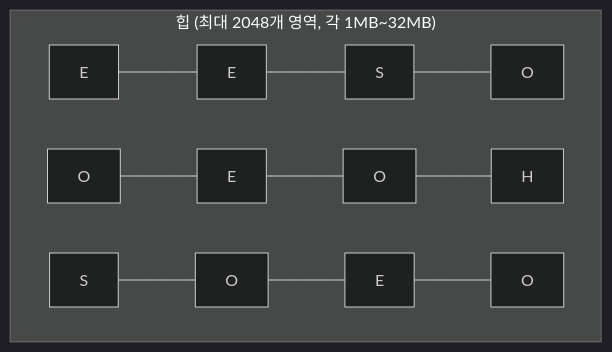
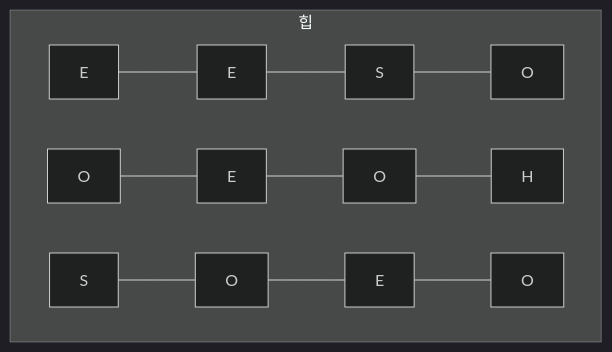
The third of 4 diagrams in _posts/2023-10-10-JVM-GC.md (K-Diger/k-diger.github.io), drawn with Mermaid (dark theme) before and after one commit. The commit also changed 2 other files, not shown here.

Commit message:
style: 다른 글의 Mermaid subgraph 제목도 줄바꿈 겹침 위험 있는 것 정리
콤마 섞인 긴 subgraph 제목 3건(힙, 가상 스레드, Pod)을 짧게 줄임. 부연
설명은 이미 다이어그램 바로 위 본문 문단에 있어서 정보 손실 없음.

Claude-Session: https://claude.ai/code/session_0196zTgbTy6H6PipE5gguLck

````diff
--- a/_posts/2023-10-10-JVM-GC.md
+++ b/_posts/2023-10-10-JVM-GC.md
@@ -150,9 +150,9 @@
 ```mermaid
 flowchart TB
-    subgraph H["힙 (최대 2048개 영역, 각 1MB~32MB)"]
+    subgraph H["힙"]
         direction LR
         E1["E"] --- E2["E"] --- S1["S"] --- O1["O"]
         O2["O"] --- E3["E"] --- O3["O"] --- H1["H"]
         S2["S"] --- O4["O"] --- E4["E"] --- O5["O"]
     end
 ```
````
